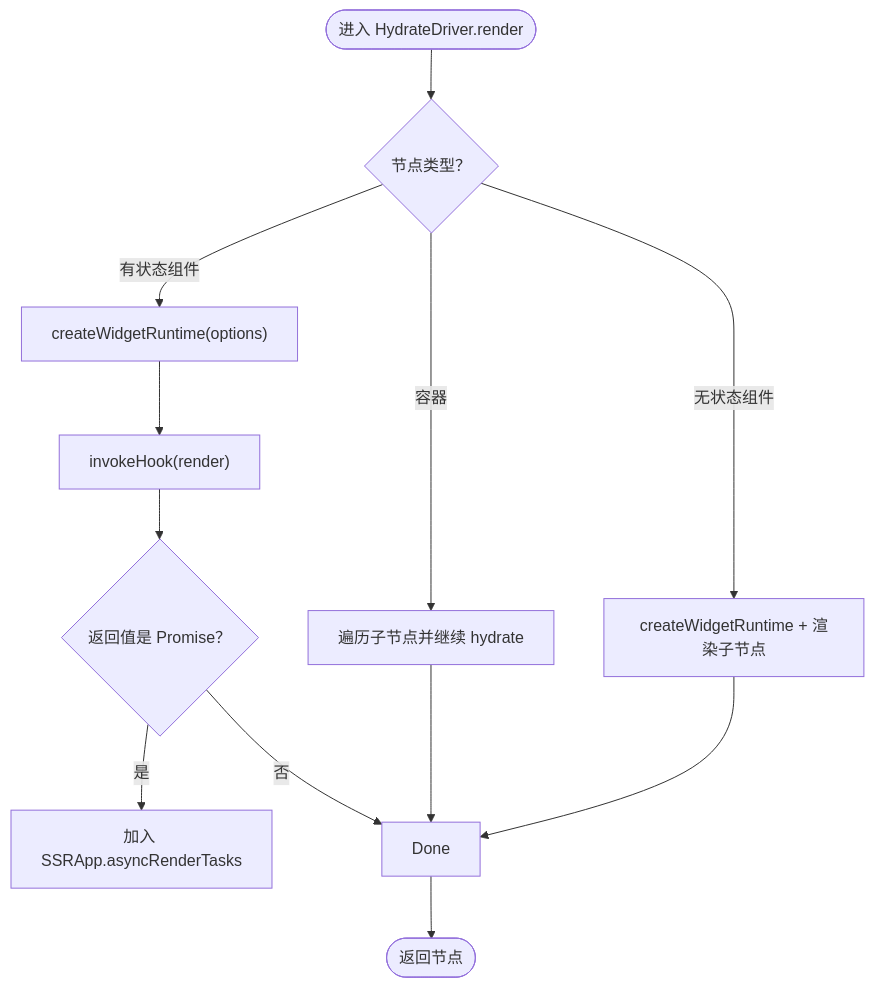
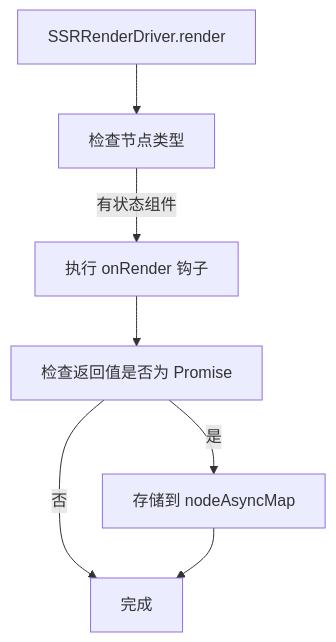
One commit to vitarx-lib/core changed the fifth of 7 diagrams in .qoder/repowiki/zh/content/服务端渲染/客户端激活.md. Above: the diagram before and after it, drawn with Mermaid. The commit also changed other lines of this file and 3 other files, not shown here.

````diff
--- a/.qoder/repowiki/zh/content/服务端渲染/客户端激活.md
+++ b/.qoder/repowiki/zh/content/服务端渲染/客户端激活.md
@@ -159,14 +218,9 @@
 ```mermaid
 flowchart TD
-Start(["进入 HydrateDriver.render"]) --> CheckKind{"节点类型？"}
-CheckKind --> |容器| Loop["遍历子节点并继续 hydrate"]
-CheckKind --> |无状态组件| CreateWR["createWidgetRuntime + 渲染子节点"]
-CheckKind --> |有状态组件| CreateWR2["createWidgetRuntime(options)"]
-CreateWR2 --> InvokeRender["invokeHook(render)"]
-InvokeRender --> IsPromise{"返回值是 Promise？"}
-IsPromise --> |是| PushTask["加入 SSRApp.asyncRenderTasks"]
-IsPromise --> |否| Done
-Loop --> Done
-CreateWR --> Done
-Done --> End(["返回节点"])
+Start["SSRRenderDriver.render"] --> CheckKind["检查节点类型"]
+CheckKind --> |有状态组件| Stateful["执行 onRender 钩子"]
+Stateful --> CheckPromise["检查返回值是否为 Promise"]
+CheckPromise --> |是| StorePromise["存储到 nodeAsyncMap"]
+CheckPromise --> |否| End["完成"]
+StorePromise --> End
 ```
````
